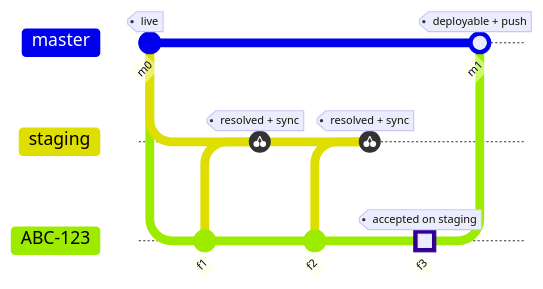
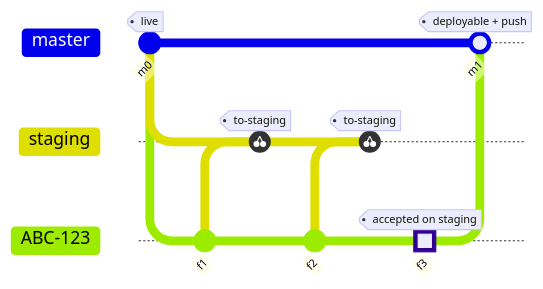
Before and after one commit to lecturio/workflows: the diagram in docs/concepts.md, drawn with Mermaid. The commit also changed other lines of this file and 12 other files, not shown here.

````diff
--- a/docs/concepts.md
+++ b/docs/concepts.md
@@ -24,20 +24,20 @@
 ```mermaid
 %%{init: { 'gitGraph': { 'mainBranchName': 'master' } }}%%
 gitGraph
   commit id: "m0" tag: "live"
   branch staging
   checkout staging
   checkout master
   branch "ABC-123"
   commit id: "f1"
   checkout staging
-  cherry-pick id: "f1" tag: "resolved + sync"
+  cherry-pick id: "f1" tag: "to-staging"
   checkout "ABC-123"
   commit id: "f2"
   checkout staging
-  cherry-pick id: "f2" tag: "resolved + sync"
+  cherry-pick id: "f2" tag: "to-staging"
   checkout "ABC-123"
   commit id: "f3" type: HIGHLIGHT tag: "accepted on staging"
   checkout master
   merge "ABC-123" id: "m1" tag: "deployable + push"
 ```
````
